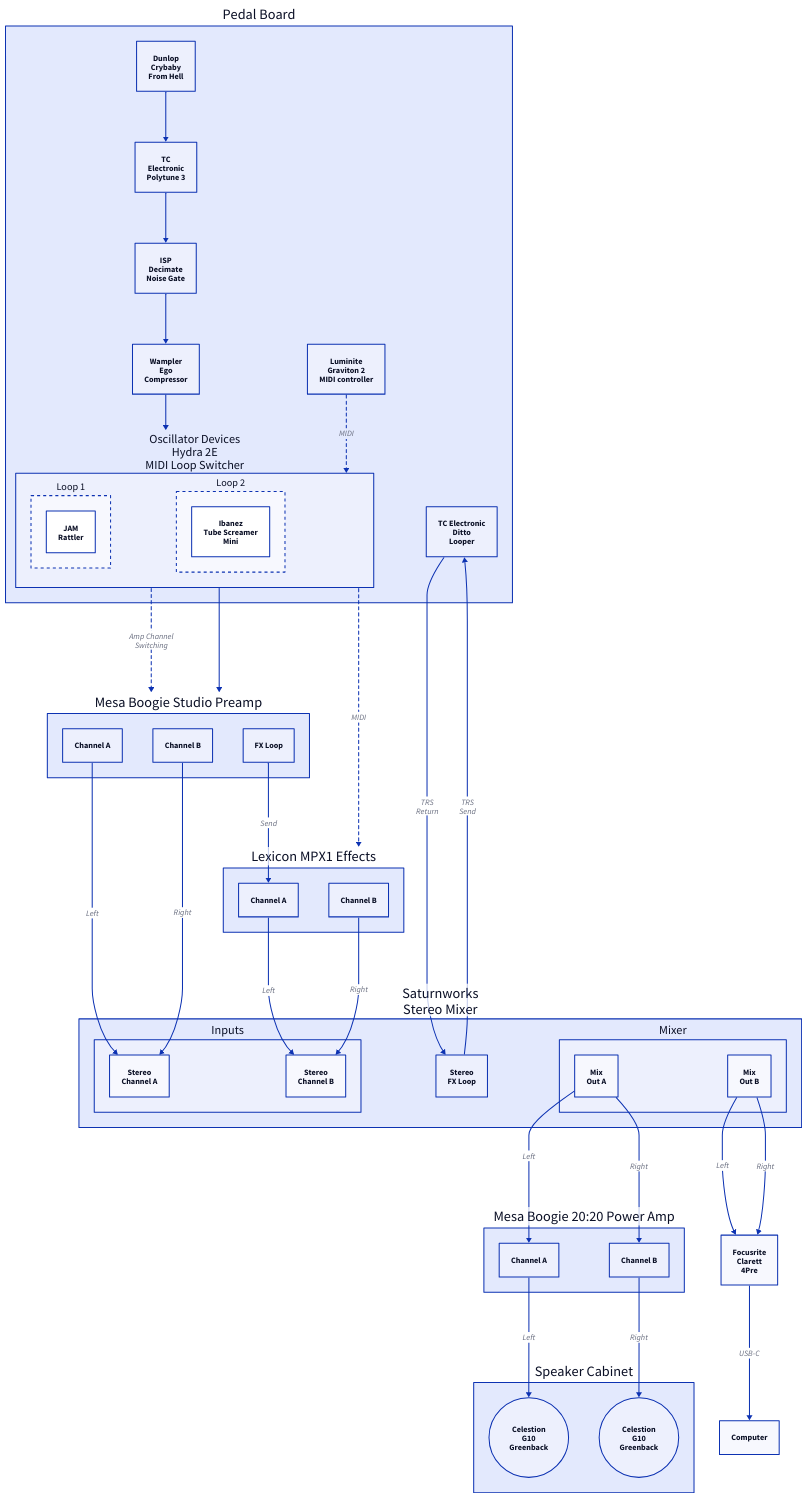
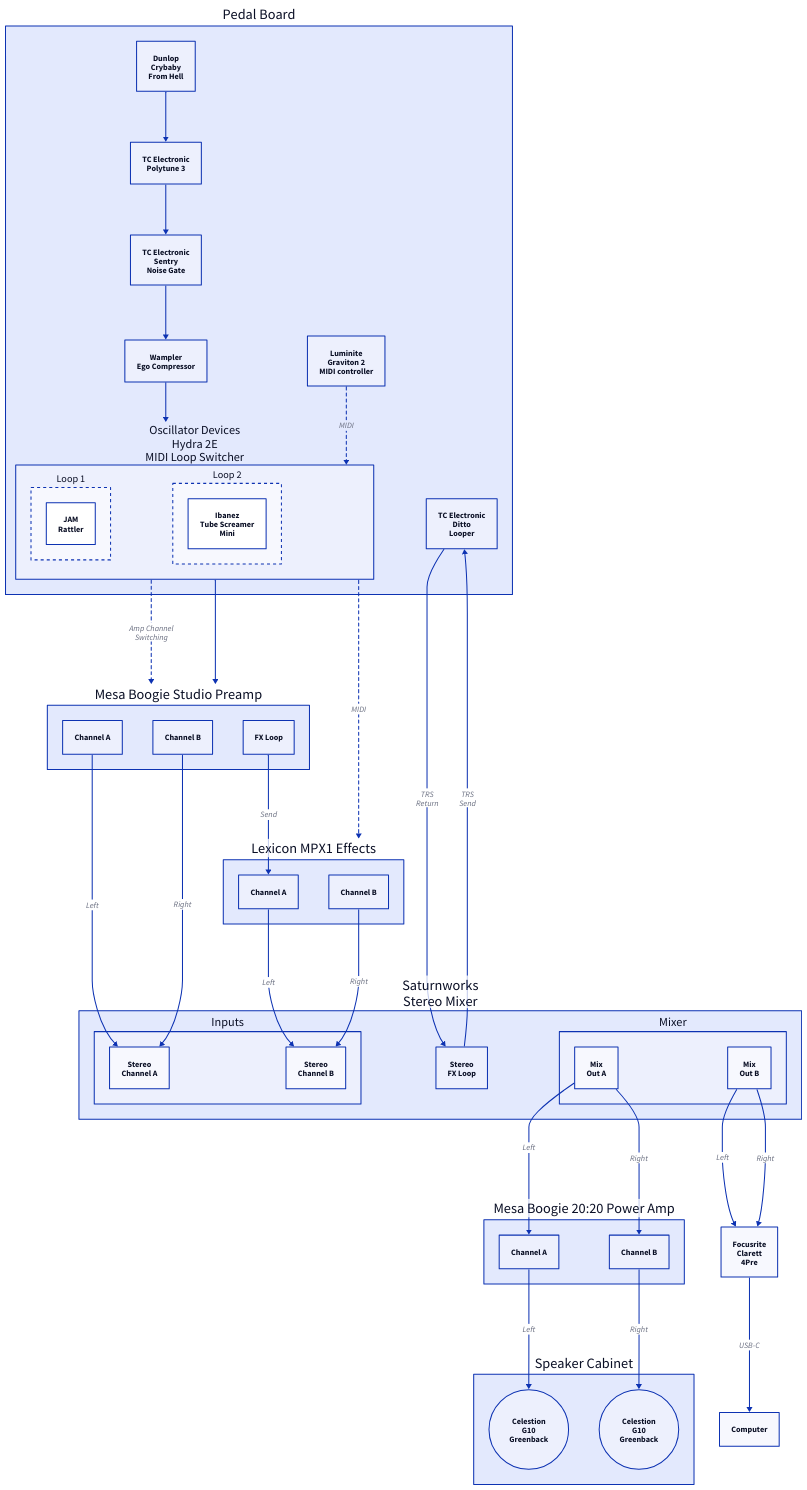
The diagram in amprack.d2 (timvaillancourt/amp-diagrams), drawn with D2 before and after one commit. The commit also changed 3 other files, not shown here.

```diff
--- a/amprack.d2
+++ b/amprack.d2
@@ -1,94 +1,94 @@
 pb: "Pedal Board" {
   cbfh: "Dunlop\nCrybaby\nFrom Hell" {}
-  polytune3: "TC\nElectronic\nPolytune 3" {}
-  ispdm: "ISP\nDecimate\nNoise Gate" {}
-  wec: "Wampler\nEgo\nCompressor" {}
+  polytune3: "TC Electronic\nPolytune 3" {}
+  tcsentry: "TC Electronic\nSentry\nNoise Gate" {}
+  wec: "Wampler\nEgo Compressor" {}
   mc: "Luminite\nGraviton 2\nMIDI controller" {}
   mls: "Oscillator Devices\nHydra 2E\nMIDI Loop Switcher" {
     1: "Loop 1" {
       style: {
         stroke-dash: 3
       }
       ts: "JAM\nRattler" {}
     }
     2: "Loop 2" {
       style: {
         stroke-dash: 3
       }
       ts: "Ibanez\nTube Screamer\nMini" {}
     }
   }
-  cbfh -> polytune3 -> ispdm -> wec -> mls
+  cbfh -> polytune3 -> tcsentry -> wec -> mls
   mc -> mls: "MIDI" {
     style: {
       stroke-dash: 3
     }
   }
   ditto: "TC Electronic\nDitto\nLooper" {}
 }
 
 msp: "Mesa Boogie Studio Preamp" {
   A: "Channel A" {}
   B: "Channel B" {}
   Loop: "FX Loop" {}
 }
 pb.mls -> msp: "Amp Channel\nSwitching" {
   style: {
     stroke-dash: 3
   }
 }
 pb.mls -> msp
 
 mixer: "Saturnworks\nStereo Mixer" {
   In: "Inputs" {
     A: "Stereo\nChannel A" {}
     B: "Stereo\nChannel B" {}
   }
   Loop: "Stereo\nFX Loop" {}
   Mix: "Mixer" {
     A: "Mix\nOut A" {}
     B: "Mix\nOut B" {}
   }
 }
 msp.A -> mixer.In.A: "Left"
 msp.B -> mixer.In.A: "Right"
 
 mpx1: "Lexicon MPX1 Effects" {
   A: "Channel A" {}
   B: "Channel B" {}
 }
 pb.mls -> mpx1: "MIDI" {
   style: {
     stroke-dash: 3
   }
 }
 msp.Loop -> mpx1.A: "Send" {}
 mpx1.A -> mixer.In.B: "Left"
 mpx1.B -> mixer.In.B: "Right"
 
 m2020: "Mesa Boogie 20:20 Power Amp" {
   A: "Channel A" {}
   B: "Channel B" {}
 }
 mixer.Mix.A -> m2020.A: "Left"
 mixer.Mix.A -> m2020.B: "Right"
 mixer.Loop -> pb.ditto: "TRS\nSend"
 pb.ditto -> mixer.Loop: "TRS\nReturn"
 
 cab: "Speaker Cabinet" {
   A: "Celestion\nG10\nGreenback" {
     shape: "circle"
   }
   B: "Celestion\nG10\nGreenback" {
     shape: "circle"
   }
 }
 m2020.A -> cab.A: "Left"
 m2020.B -> cab.B: "Right"
 
 clarett: "Focusrite\nClarett\n4Pre" {}
 mixer.Mix.B -> clarett: "Left"
 mixer.Mix.B -> clarett: "Right"
 
 computer: "Computer"
 clarett -> computer: "USB-C"
```
